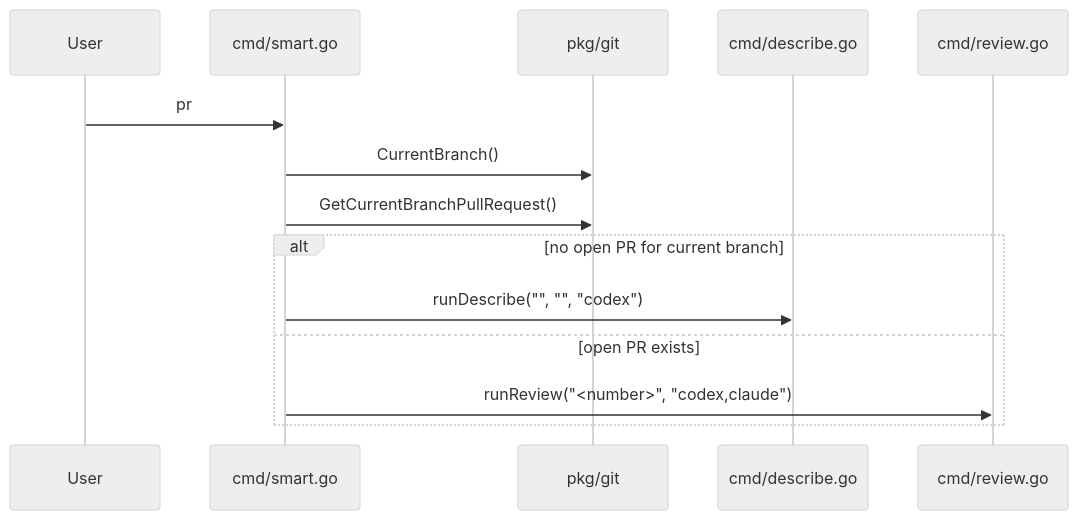
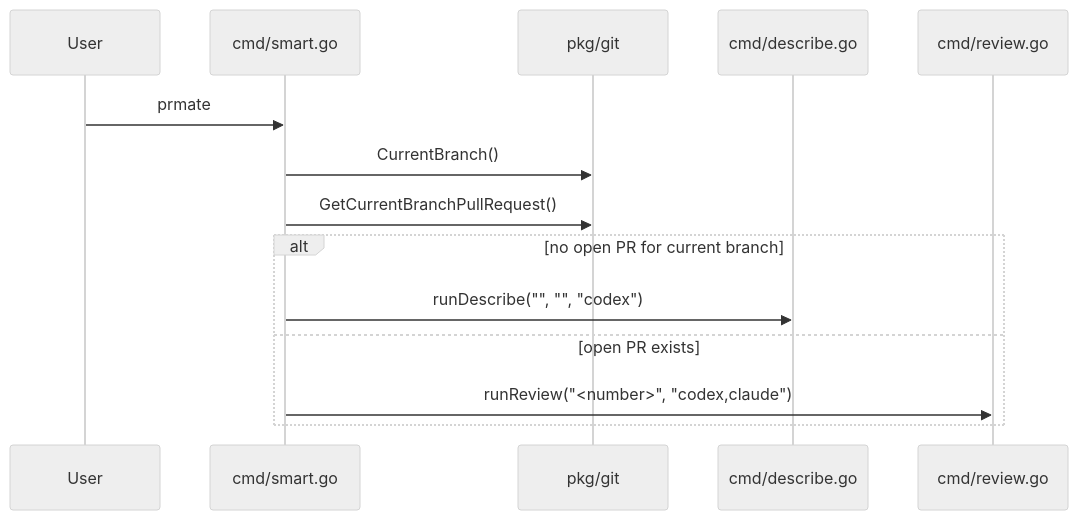
One commit to mpiorowski/prmate changed the second of 4 diagrams in CONTEXT.md. Above: the diagram before and after it, drawn with Mermaid (neutral theme). The commit also changed other lines of this file and 3 other files, not shown here.

````diff
--- a/CONTEXT.md
+++ b/CONTEXT.md
@@ -149,17 +149,17 @@
 ```mermaid
 sequenceDiagram
     participant U as User
     participant S as cmd/smart.go
     participant G as pkg/git
     participant D as cmd/describe.go
     participant R as cmd/review.go
 
-    U->>S: pr
+    U->>S: prmate
     S->>G: CurrentBranch()
     S->>G: GetCurrentBranchPullRequest()
     alt no open PR for current branch
         S->>D: runDescribe("", "", "codex")
     else open PR exists
         S->>R: runReview("<number>", "codex,claude")
     end
 ```
````
